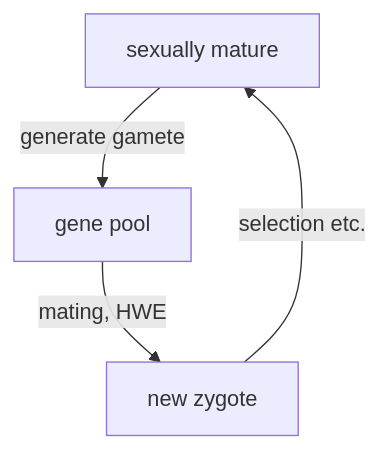
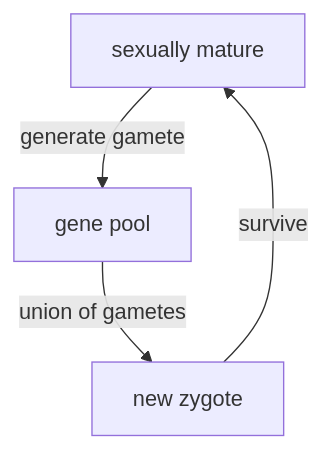
Before and after one commit to hezhaobin/2024-SJTU-Popgen: the first of 4 diagrams in 20-slides/21-markdown/Lecture-1-intro.md, drawn with Mermaid. The commit also changed other lines of this file and 27 other files, not shown here.

````diff
--- a/20-slides/21-markdown/Lecture-1-intro.md
+++ b/20-slides/21-markdown/Lecture-1-intro.md
@@ -131,9 +123,9 @@
 ```mermaid
 graph TD
 	A[sexually mature]
 	B[gene pool]
 	C[new zygote]
 	A-->|generate gamete|B
-	B-->|mating, HWE|C
-	C-->|selection etc.|A
+	B-->|union of gametes|C
+	C-->|survive|A
 ```
````
